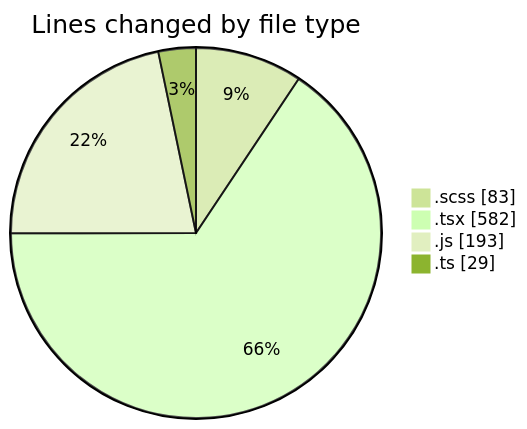
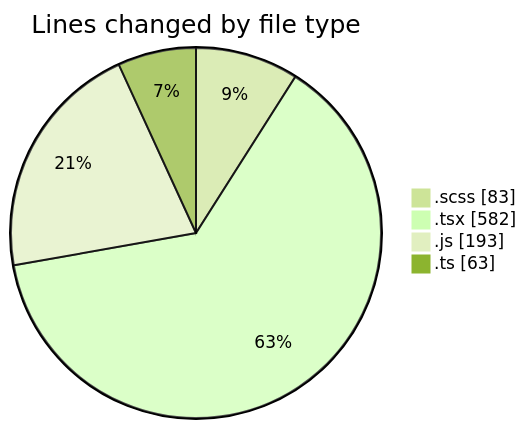
One commit to momahboobian/code-tracking changed the first of 2 diagrams in 2025-03-14/cda/README.md. Above: the diagram before and after it, drawn with Mermaid (forest theme). The commit also changed other lines of this file and 1 other file, not shown here.

````diff
--- a/2025-03-14/cda/README.md
+++ b/2025-03-14/cda/README.md
@@ -28,8 +29,8 @@
 ```mermaid
 pie showData
 title Lines changed by file type
 ".scss" : 83
 ".tsx" : 582
 ".js" : 193
-".ts" : 29
+".ts" : 63
 ```
````
